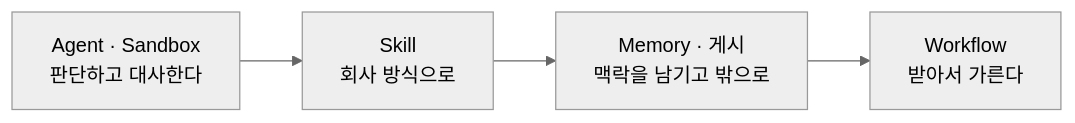
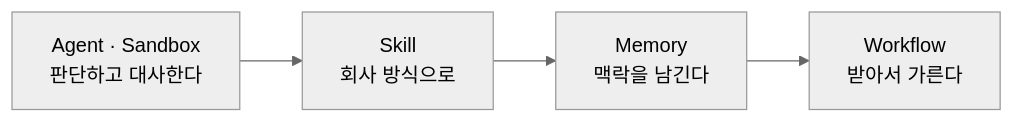
Before and after one commit to JM-2ktech/cs_lab_ghcp: the diagram in index.md, drawn with Mermaid (neutral theme). The commit also changed other lines of this file and 7 other files, not shown here.

````diff
--- a/index.md
+++ b/index.md
@@ -70,6 +70,6 @@
 ```mermaid
 flowchart LR
     A[Agent · Sandbox<br>판단하고 대사한다] --> B[Skill<br>회사 방식으로]
-    B --> C[Memory · 게시<br>맥락을 남기고 밖으로]
+    B --> C[Memory<br>맥락을 남긴다]
     C --> D[Workflow<br>받아서 가른다]
 ```
````
